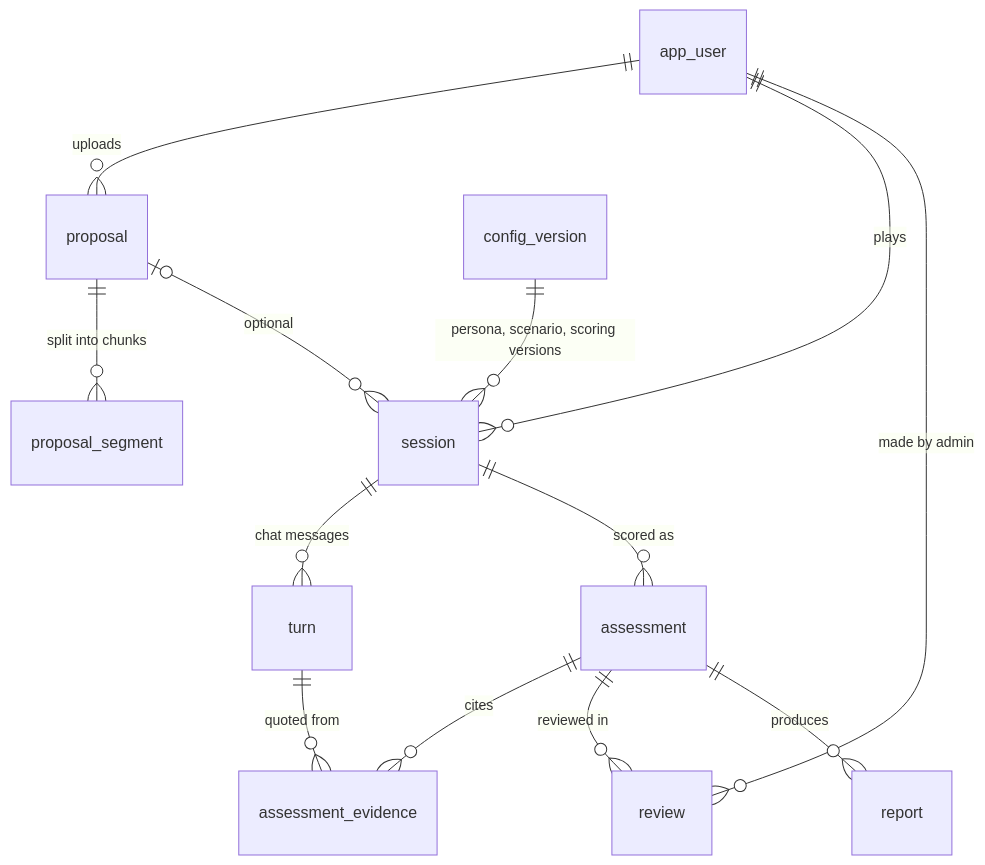
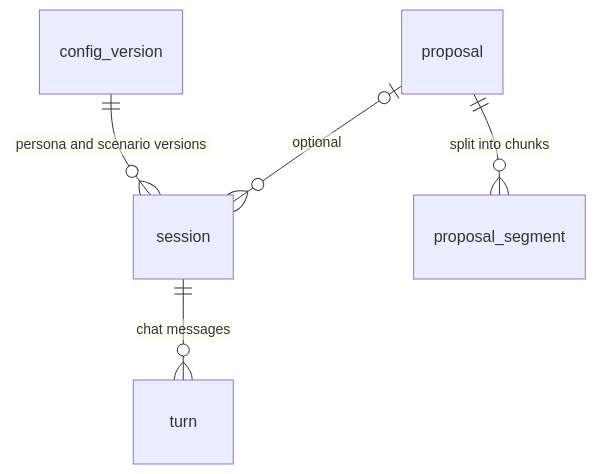
Before and after one commit to USTDevGama/Smart_Ops_Pod3: the diagram in docs/data-model.md, drawn with Mermaid. The commit also changed other lines of this file and 42 other files, not shown here.

````diff
--- a/docs/data-model.md
+++ b/docs/data-model.md
@@ -12,15 +15,7 @@
 ```mermaid
 erDiagram
-  app_user ||--o{ proposal : uploads
-  app_user ||--o{ session : plays
-  config_version ||--o{ session : "persona, scenario, scoring versions"
+  config_version ||--o{ session : "persona and scenario versions"
   proposal ||--o{ proposal_segment : "split into chunks"
   proposal |o--o{ session : "optional"
   session ||--o{ turn : "chat messages"
-  session ||--o{ assessment : "scored as"
-  assessment ||--o{ assessment_evidence : "cites"
-  turn ||--o{ assessment_evidence : "quoted from"
-  assessment ||--o{ review : "reviewed in"
-  app_user ||--o{ review : "made by admin"
-  assessment ||--o{ report : "produces"
 ```
````
